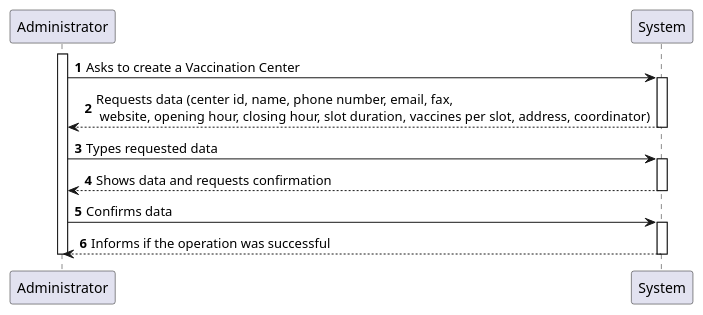
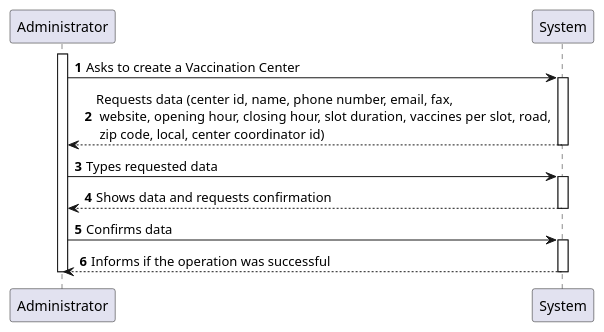
One commit to Pirussa/lei-22-s2-1da-g02 changed the diagram in docs/SprintB/US009/US009_SSD.puml. Above: the diagram before and after it, drawn with PlantUML. The commit also changed 16 other files, not shown here.

Commit message:
US09 - A lot of changes in the model view controller, basically had to remove the address class and add center coordinator ID as a new attribute of the vaccination center

```diff
--- a/docs/SprintB/US009/US009_SSD.puml
+++ b/docs/SprintB/US009/US009_SSD.puml
@@ -1,26 +1,26 @@
 @startuml
 'https://plantuml.com/sequence-diagram
 
 autonumber
 
 autonumber
 
 activate Administrator
 
 Administrator -> System: Asks to create a Vaccination Center
 activate System
-Administrator <-- System: Requests data (center id, name, phone number, email, fax,\n website, opening hour, closing hour, slot duration, vaccines per slot, address, coordinator)
+Administrator <-- System: Requests data (center id, name, phone number, email, fax,\n website, opening hour, closing hour, slot duration, vaccines per slot, road,\n zip code, local, center coordinator id)
 deactivate System
 
 Administrator -> System: Types requested data
 activate System
 Administrator <-- System: Shows data and requests confirmation
 deactivate System
 
 Administrator -> System: Confirms data
 activate System
 Administrator <-- System: Informs if the operation was successful
 deactivate System
 
 deactivate Administrator
 @enduml
```
